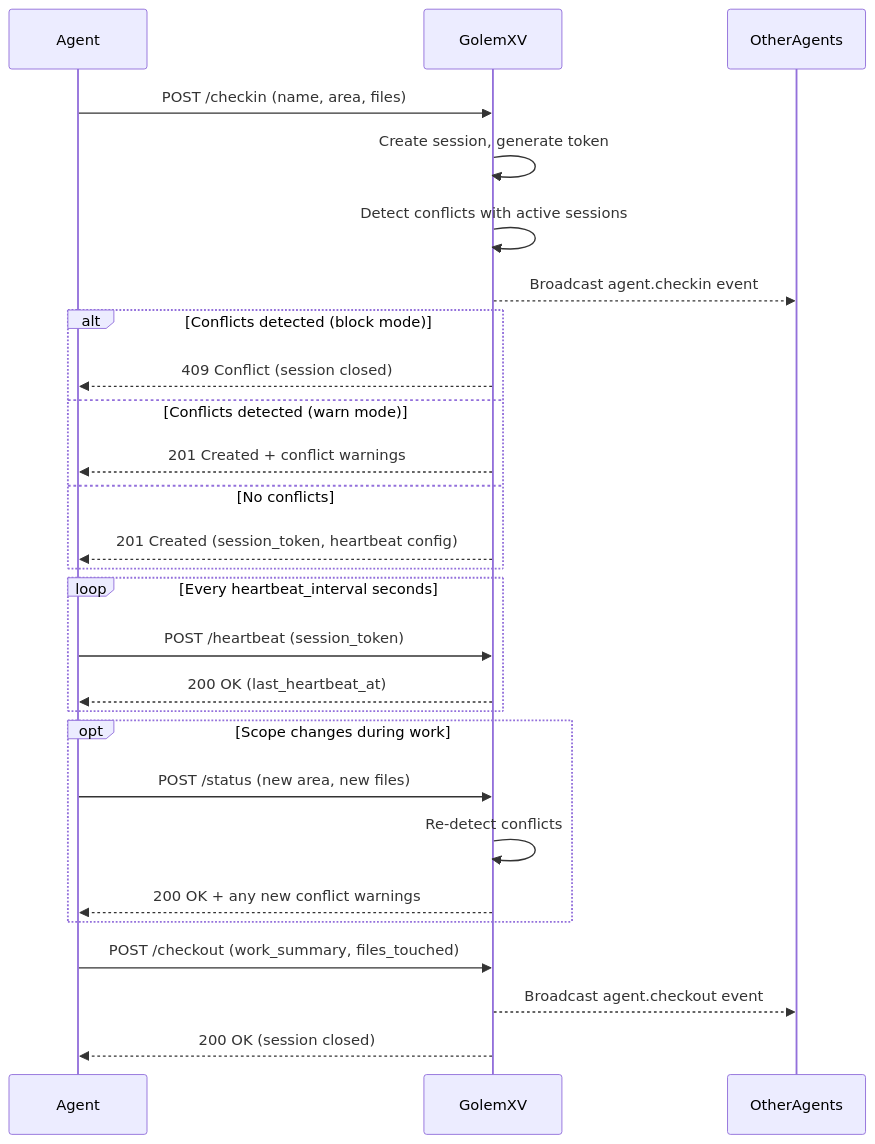
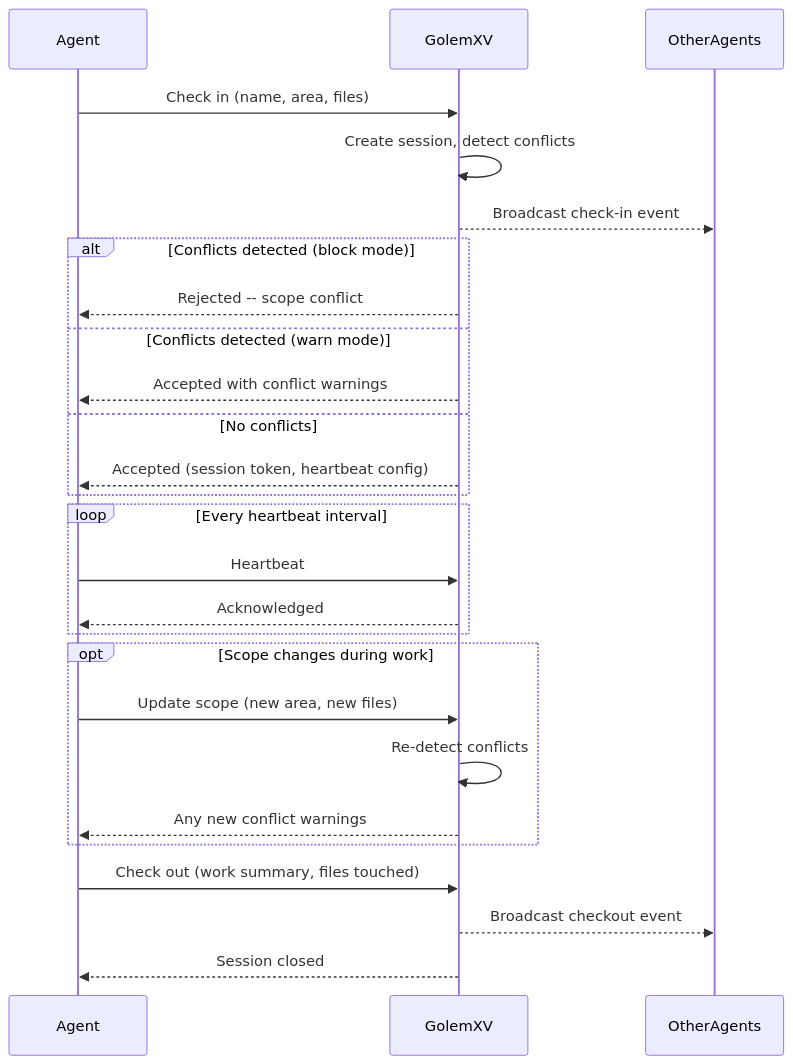
One commit to golem15com/gxv-docs changed the first of 2 diagrams in docs/concepts/coordination.md. Above: the diagram before and after it, drawn with Mermaid. The commit also changed other lines of this file and 31 other files, not shown here.

````diff
--- a/docs/concepts/coordination.md
+++ b/docs/concepts/coordination.md
@@ -19,34 +19,33 @@
 ```mermaid
 sequenceDiagram
     participant Agent
     participant GolemXV
     participant OtherAgents
 
-    Agent->>GolemXV: POST /checkin (name, area, files)
-    GolemXV->>GolemXV: Create session, generate token
-    GolemXV->>GolemXV: Detect conflicts with active sessions
-    GolemXV-->>OtherAgents: Broadcast agent.checkin event
+    Agent->>GolemXV: Check in (name, area, files)
+    GolemXV->>GolemXV: Create session, detect conflicts
+    GolemXV-->>OtherAgents: Broadcast check-in event
 
     alt Conflicts detected (block mode)
-        GolemXV-->>Agent: 409 Conflict (session closed)
+        GolemXV-->>Agent: Rejected -- scope conflict
     else Conflicts detected (warn mode)
-        GolemXV-->>Agent: 201 Created + conflict warnings
+        GolemXV-->>Agent: Accepted with conflict warnings
     else No conflicts
-        GolemXV-->>Agent: 201 Created (session_token, heartbeat config)
+        GolemXV-->>Agent: Accepted (session token, heartbeat config)
     end
 
-    loop Every heartbeat_interval seconds
-        Agent->>GolemXV: POST /heartbeat (session_token)
-        GolemXV-->>Agent: 200 OK (last_heartbeat_at)
+    loop Every heartbeat interval
+        Agent->>GolemXV: Heartbeat
+        GolemXV-->>Agent: Acknowledged
     end
 
     opt Scope changes during work
-        Agent->>GolemXV: POST /status (new area, new files)
+        Agent->>GolemXV: Update scope (new area, new files)
         GolemXV->>GolemXV: Re-detect conflicts
-        GolemXV-->>Agent: 200 OK + any new conflict warnings
+        GolemXV-->>Agent: Any new conflict warnings
     end
 
-    Agent->>GolemXV: POST /checkout (work_summary, files_touched)
-    GolemXV-->>OtherAgents: Broadcast agent.checkout event
-    GolemXV-->>Agent: 200 OK (session closed)
+    Agent->>GolemXV: Check out (work summary, files touched)
+    GolemXV-->>OtherAgents: Broadcast checkout event
+    GolemXV-->>Agent: Session closed
 ```
````
